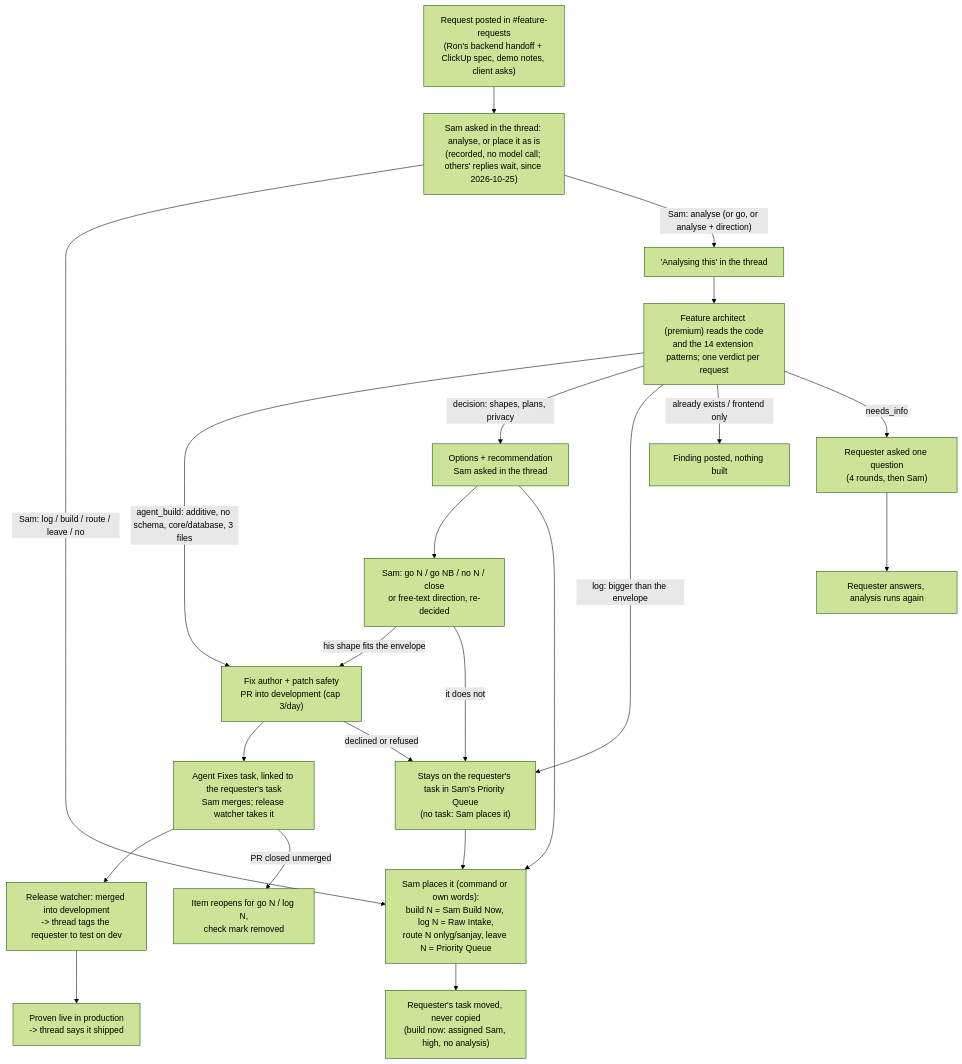
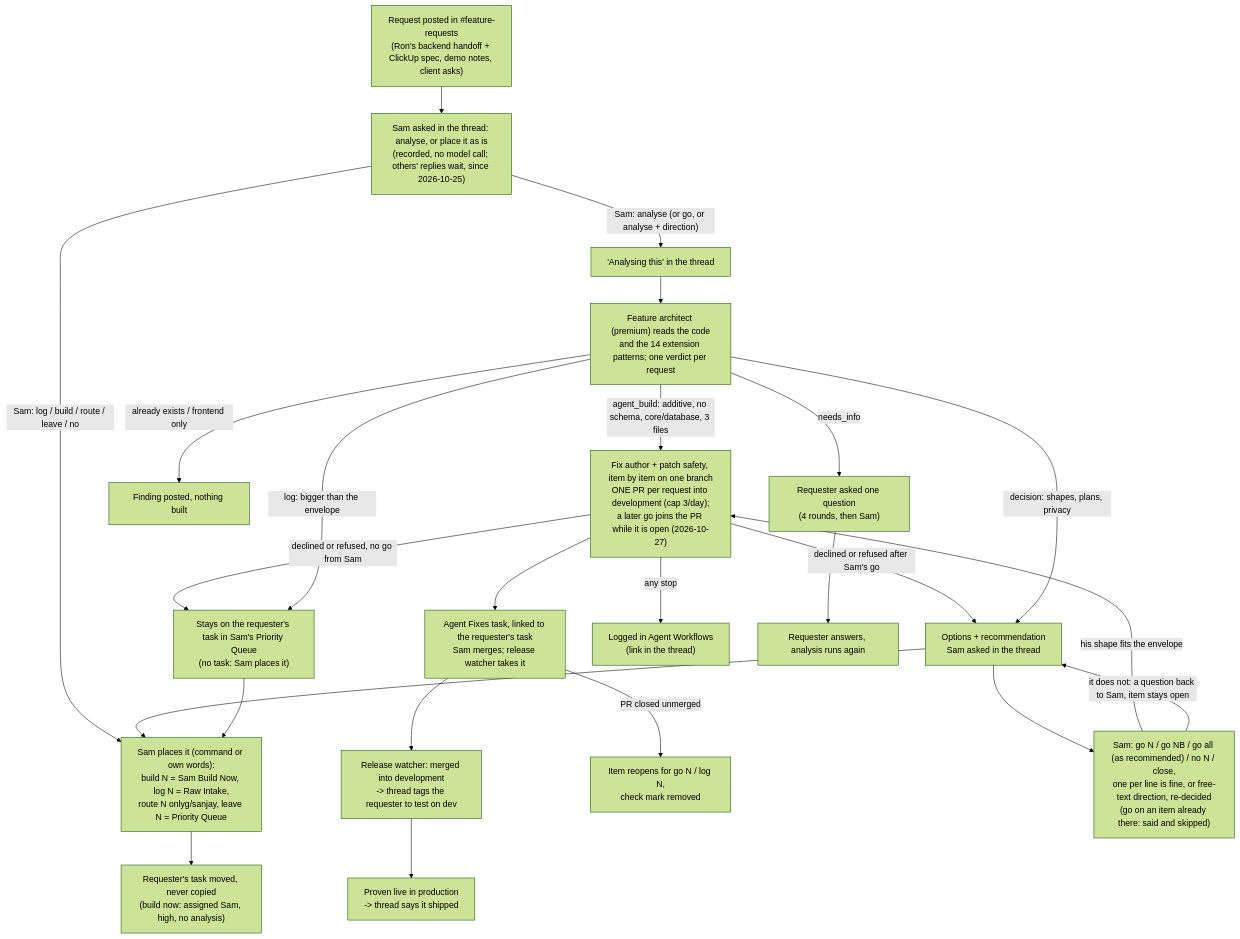
One commit to vomeadmin/vome-os changed the ninth of 12 diagrams in WORKFLOWS.md. Above: the diagram before and after it, drawn with Mermaid (forest theme). The commit also changed other lines of this file and 4 other files, not shown here.

First line of the commit message:
Feature desk: several commands per reply, go all, one PR per request; agent error logging

````diff
--- a/WORKFLOWS.md
+++ b/WORKFLOWS.md
@@ -197,24 +197,26 @@
 ```mermaid
 flowchart TD
   P["Request posted in #feature-requests<br/>(Ron's backend handoff + ClickUp spec, demo notes, client asks)"]:::built --> Q["Sam asked in the thread: analyse, or place it as is<br/>(recorded, no model call; others' replies wait, since 2026-10-25)"]:::built
   Q -->|"Sam: log / build / route / leave / no"| PLACE
   Q -->|"Sam: analyse (or go, or analyse + direction)"| ACK["'Analysing this' in the thread"]:::built
   ACK --> FA["Feature architect (premium) reads the code<br/>and the 14 extension patterns; one verdict per request"]:::built
-  FA -->|agent_build: additive, no schema, core/database, 3 files| FX["Fix author + patch safety<br/>PR into development (cap 3/day)"]:::built
+  FA -->|agent_build: additive, no schema, core/database, 3 files| FX["Fix author + patch safety, item by item on one branch<br/>ONE PR per request into development (cap 3/day);<br/>a later go joins the PR while it is open (2026-10-27)"]:::built
   FX --> AF["Agent Fixes task, linked to the requester's task<br/>Sam merges; release watcher takes it"]:::built
   AF --> MD["Release watcher: merged into development<br/>-> thread tags the requester to test on dev"]:::built
   MD --> LV["Proven live in production<br/>-> thread says it shipped"]:::built
   AF -->|PR closed unmerged| RO["Item reopens for go N / log N,<br/>check mark removed"]:::built
-  FX -->|declined or refused| LOG
+  FX -->|declined or refused, no go from Sam| LOG
+  FX -->|declined or refused after Sam's go| SAM
+  FX -->|any stop| AW["Logged in Agent Workflows<br/>(link in the thread)"]:::built
   FA -->|decision: shapes, plans, privacy| SAM["Options + recommendation<br/>Sam asked in the thread"]:::built
   FA -->|log: bigger than the envelope| LOG["Stays on the requester's task in Sam's Priority Queue<br/>(no task: Sam places it)"]:::built
   FA -->|already exists / frontend only| FIN["Finding posted, nothing built"]:::built
   FA -->|needs_info| ASK["Requester asked one question<br/>(4 rounds, then Sam)"]:::built
-  SAM --> CMD["Sam: go N / go NB / no N / close<br/>or free-text direction, re-decided"]:::built
+  SAM --> CMD["Sam: go N / go NB / go all (as recommended) / no N / close,<br/>one per line is fine, or free-text direction, re-decided<br/>(go on an item already there: said and skipped)"]:::built
   CMD -->|his shape fits the envelope| FX
-  CMD -->|it does not| LOG
+  CMD -->|"it does not: a question back to Sam, item stays open"| SAM
   SAM --> PLACE["Sam places it (command or own words):<br/>build N = Sam Build Now, log N = Raw Intake,<br/>route N onlyg/sanjay, leave N = Priority Queue"]:::built
   LOG --> PLACE
   PLACE --> MOVE["Requester's task moved, never copied<br/>(build now: assigned Sam, high, no analysis)"]:::built
   ASK --> RE["Requester answers, analysis runs again"]:::built
 ```
````
